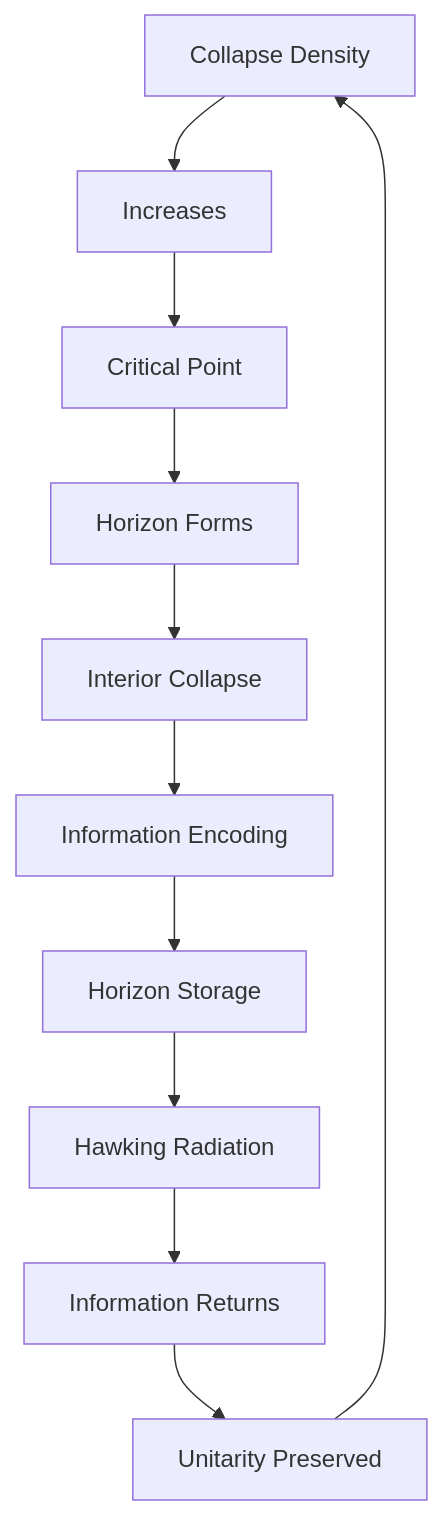
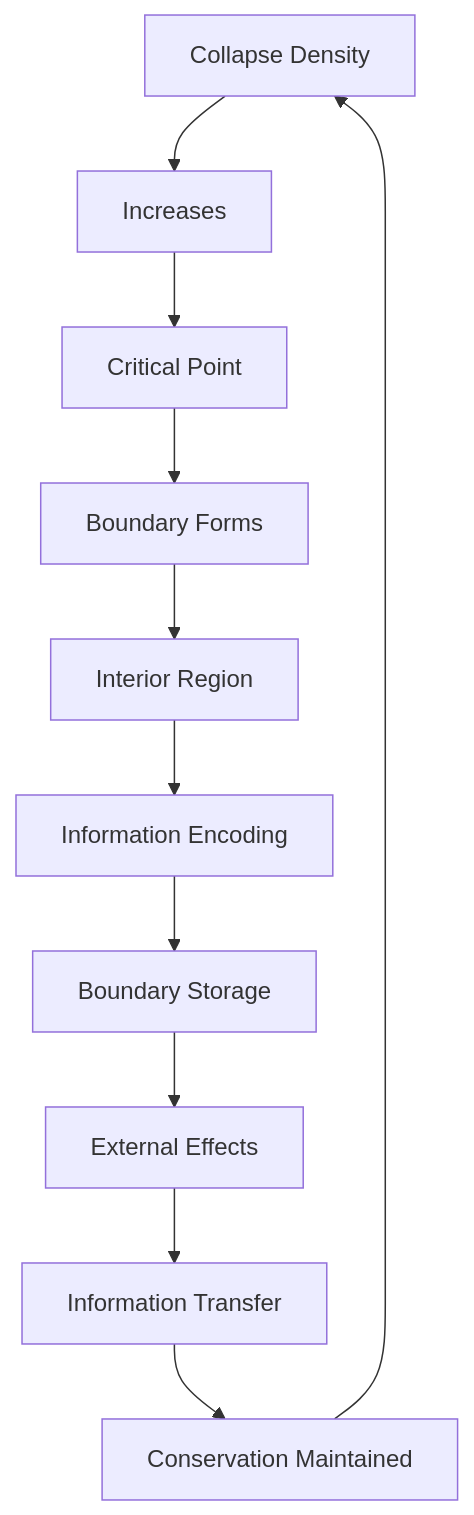
One commit to loning/the-phys changed the second of 2 diagrams in docs/psi-structum/book-1-collapse-ontology/part-04-quantum-gravity/chapter-051-black-hole-maximal-collapse.md. Above: the diagram before and after it, drawn with Mermaid. The commit also changed other lines of this file and 11 other files, not shown here.

````diff
--- a/docs/psi-structum/book-1-collapse-ontology/part-04-quantum-gravity/chapter-051-black-hole-maximal-collapse.md
+++ b/docs/psi-structum/book-1-collapse-ontology/part-04-quantum-gravity/chapter-051-black-hole-maximal-collapse.md
@@ -190,13 +221,13 @@
 ```mermaid
 graph TD
     A[Collapse Density] --> B[Increases]
     B --> C[Critical Point]
-    C --> D[Horizon Forms]
-    D --> E[Interior Collapse]
+    C --> D[Boundary Forms]
+    D --> E[Interior Region]
     E --> F[Information Encoding]
-    F --> G[Horizon Storage]
-    G --> H[Hawking Radiation]
-    H --> I[Information Returns]
-    I --> J[Unitarity Preserved]
+    F --> G[Boundary Storage]
+    G --> H[External Effects]
+    H --> I[Information Transfer]
+    I --> J[Conservation Maintained]
     J --> A
 ```
````
